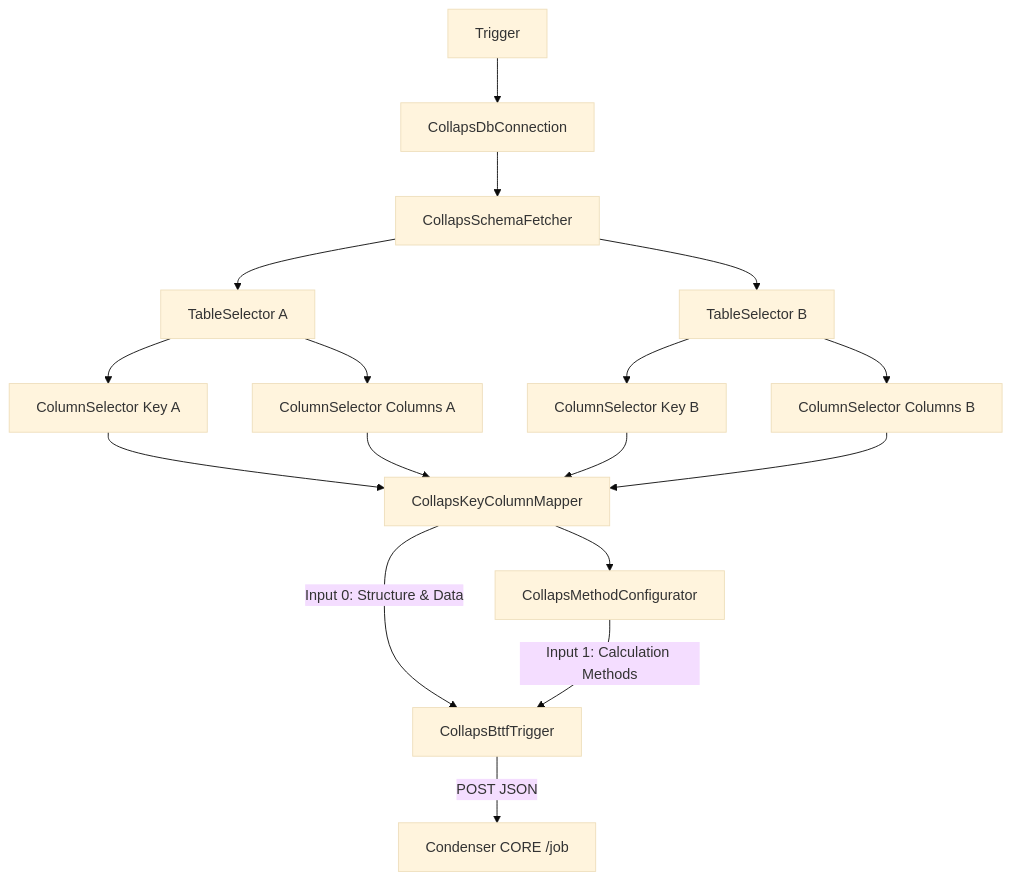
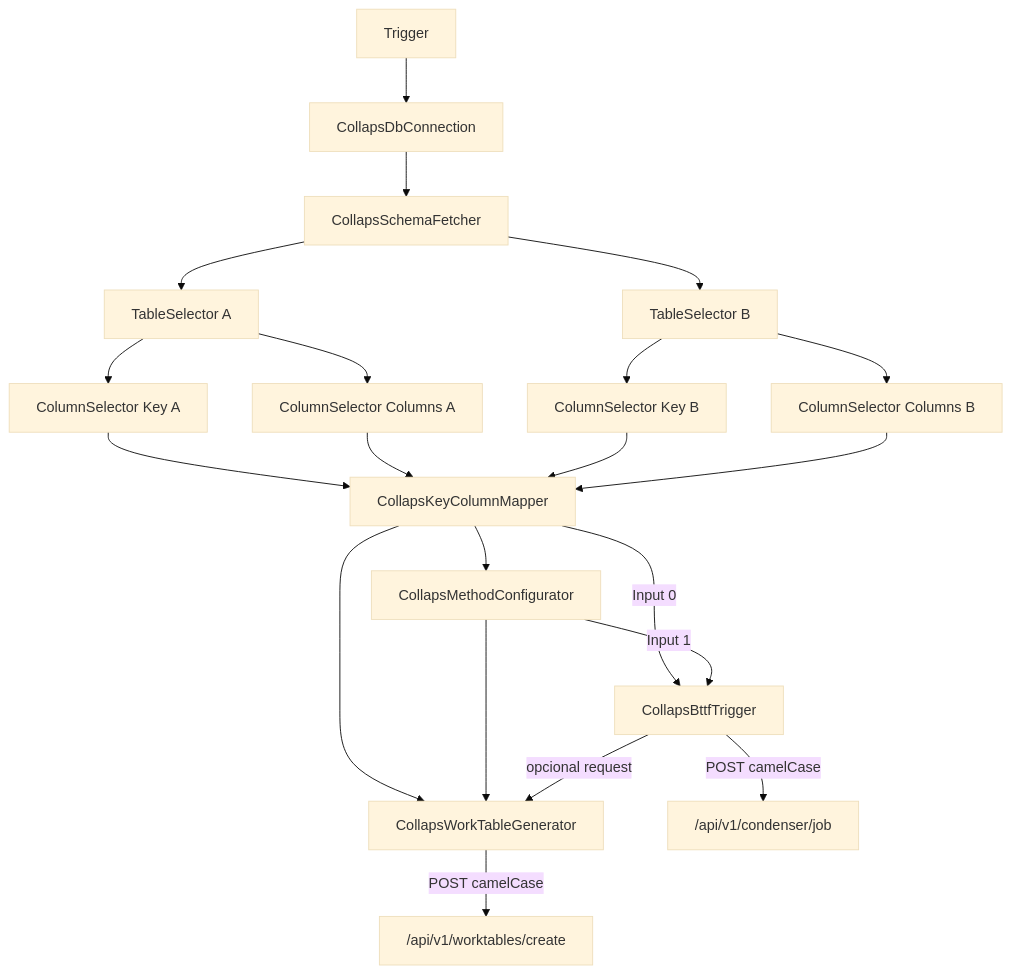
The diagram in orquestador/integracion-n8n.md (jgutierrez-kubic/collaps-docs), drawn with Mermaid (base theme) before and after one commit. The commit also changed other lines of this file and 12 other files, not shown here.

Commit message:
docs: actualizacion masiva para reflejar Refactor Core (camelCase, chunking, columnas indexadas y WorkTables)

````diff
--- a/orquestador/integracion-n8n.md
+++ b/orquestador/integracion-n8n.md
@@ -7,19 +19,23 @@
 ```mermaid
 flowchart TB
   T[Trigger] --> DB[CollapsDbConnection]
   DB --> SCH[CollapsSchemaFetcher]
   SCH --> TA[TableSelector A]
   SCH --> TB[TableSelector B]
   TA --> KA[ColumnSelector Key A]
   TA --> CA[ColumnSelector Columns A]
   TB --> KB[ColumnSelector Key B]
   TB --> CB[ColumnSelector Columns B]
   KA --> MAP[CollapsKeyColumnMapper]
   CA --> MAP
   KB --> MAP
   CB --> MAP
-  MAP -->|Input 0: Structure & Data| TRG[CollapsBttfTrigger]
   MAP --> METH[CollapsMethodConfigurator]
-  METH -->|Input 1: Calculation Methods| TRG
-  TRG -->|POST JSON| ENG[Condenser CORE /job]
+  MAP -->|Input 0| TRG[CollapsBttfTrigger]
+  METH -->|Input 1| TRG
+  MAP --> WT[CollapsWorkTableGenerator]
+  METH --> WT
+  TRG -->|opcional request| WT
+  TRG -->|POST camelCase| ENG["/api/v1/condenser/job"]
+  WT -->|POST camelCase| WAPI["/api/v1/worktables/create"]
 ```
````
